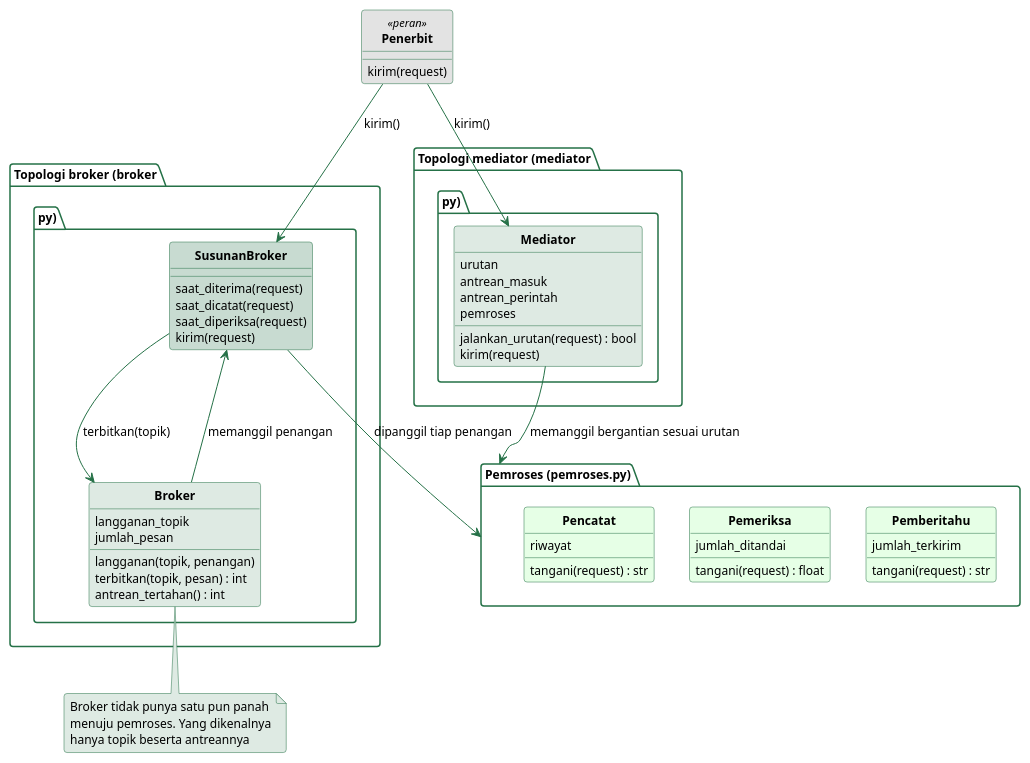
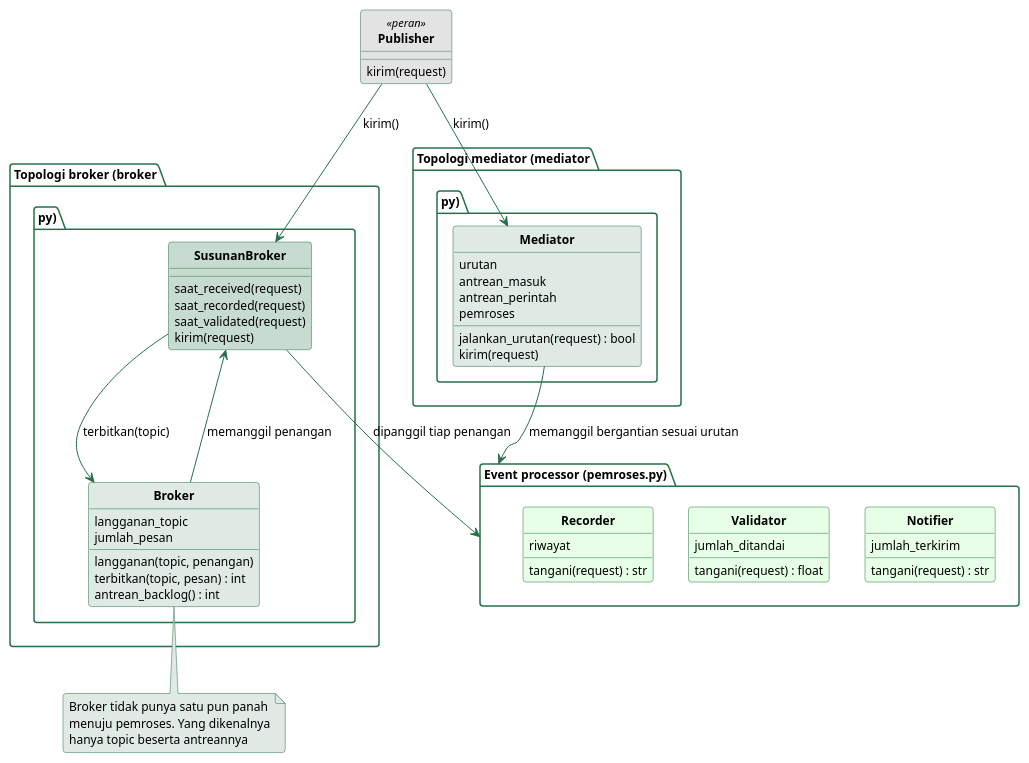
Before and after one commit to alfa-yohannis/software-architecture: the diagram in sources/chapter09/diagram/kelas-event.puml, drawn with PlantUML. The commit also changed other lines of this file and 20 other files, not shown here.

```diff
--- a/sources/chapter09/diagram/kelas-event.puml
+++ b/sources/chapter09/diagram/kelas-event.puml
@@ -12,94 +12,94 @@
 @startuml
 skinparam backgroundColor transparent
 skinparam defaultFontName Titillium Web
 skinparam defaultFontSize 13
 skinparam shadowing false
 skinparam roundCorner 6
 skinparam classAttributeIconSize 0
 skinparam classFontStyle bold
 skinparam ArrowColor #257147
 skinparam ArrowFontSize 12
 skinparam class {
   BorderColor #257147
   BackgroundColor #EBEBFF
   FontColor black
   AttributeFontSize 12
   StereotypeFontSize 11
 }
 skinparam package {
   BorderColor #257147
   BackgroundColor transparent
   FontColor black
   FontSize 12
 }
 skinparam note {
   BackgroundColor #DEEAE3
   BorderColor #257147
   FontSize 12
 }
 hide circle
 
-class Penerbit <<peran>> #E3E3E3 {
+class Publisher <<peran>> #E3E3E3 {
   kirim(request)
 }
 
 package "Topologi broker (broker.py)" {
   class SusunanBroker #C8DBD1 {
-    saat_diterima(request)
-    saat_dicatat(request)
-    saat_diperiksa(request)
+    saat_received(request)
+    saat_recorded(request)
+    saat_validated(request)
     kirim(request)
   }
 
   class Broker #DEEAE3 {
-    langganan_topik
+    langganan_topic
     jumlah_pesan
-    langganan(topik, penangan)
-    terbitkan(topik, pesan) : int
-    antrean_tertahan() : int
+    langganan(topic, penangan)
+    terbitkan(topic, pesan) : int
+    antrean_backlog() : int
   }
 }
 
 package "Topologi mediator (mediator.py)" {
   class Mediator #DEEAE3 {
     urutan
     antrean_masuk
     antrean_perintah
     pemroses
     jalankan_urutan(request) : bool
     kirim(request)
   }
 }
 
-package "Pemroses (pemroses.py)" as Pemroses {
-  class Pencatat #E6FFE6 {
+package "Event processor (pemroses.py)" as EventProcessor {
+  class Recorder #E6FFE6 {
     riwayat
     tangani(request) : str
   }
-  class Pemeriksa #E6FFE6 {
+  class Validator #E6FFE6 {
     jumlah_ditandai
     tangani(request) : float
   }
-  class Pemberitahu #E6FFE6 {
+  class Notifier #E6FFE6 {
     jumlah_terkirim
     tangani(request) : str
   }
 }
 
-Penerbit -down-> SusunanBroker : kirim()
-Penerbit -down-> Mediator : kirim()
-SusunanBroker -down-> Broker : terbitkan(topik)
+Publisher -down-> SusunanBroker : kirim()
+Publisher -down-> Mediator : kirim()
+SusunanBroker -down-> Broker : terbitkan(topic)
 Broker -up-> SusunanBroker : memanggil penangan
-SusunanBroker -down-> Pemroses : dipanggil tiap penangan
-Mediator -down-> Pemroses : memanggil bergantian sesuai urutan
+SusunanBroker -down-> EventProcessor : dipanggil tiap penangan
+Mediator -down-> EventProcessor : memanggil bergantian sesuai urutan
 ' Panah tersembunyi hanya mengatur urutan kotak, agar ketiga pemroses tampil
 ' sesuai urutan kerjanya.
-Pencatat -[hidden]right- Pemeriksa
-Pemeriksa -[hidden]right- Pemberitahu
+Recorder -[hidden]right- Validator
+Validator -[hidden]right- Notifier
 
 note bottom of Broker
   Broker tidak punya satu pun panah
   menuju pemroses. Yang dikenalnya
-  hanya topik beserta antreannya
+  hanya topic beserta antreannya
 end note
 @enduml
```
